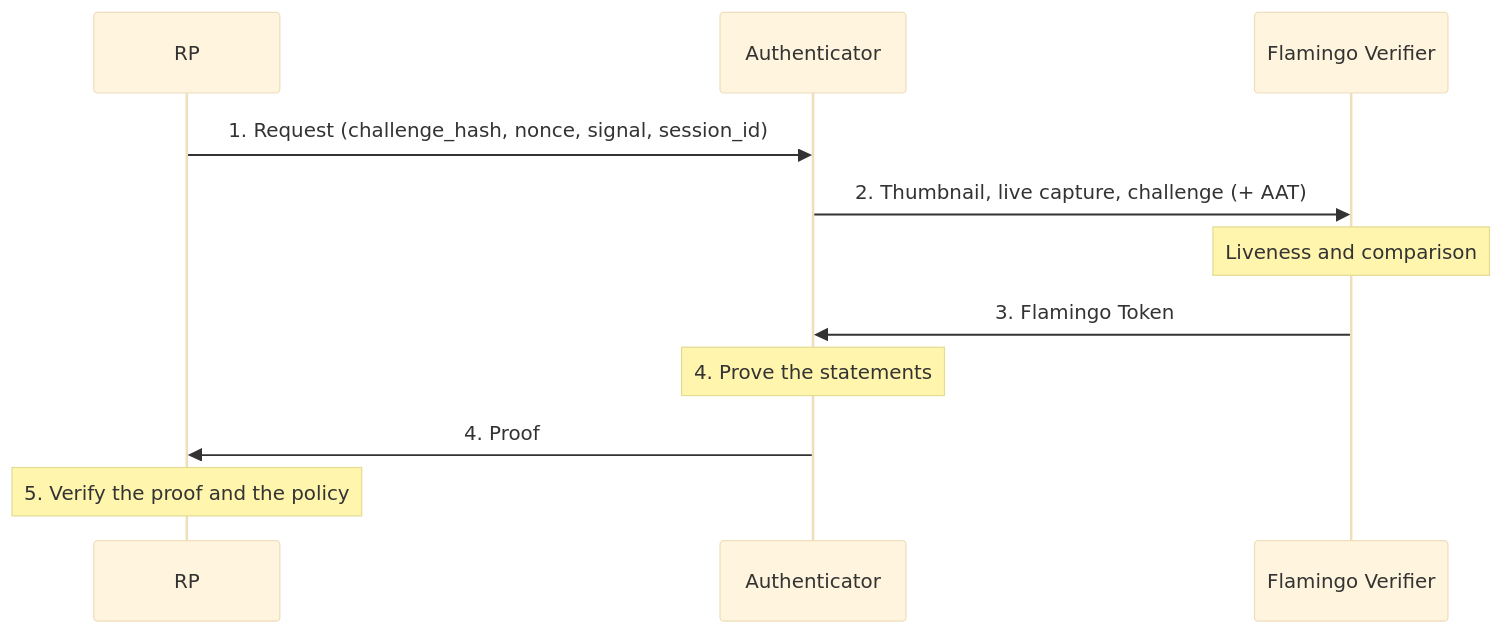
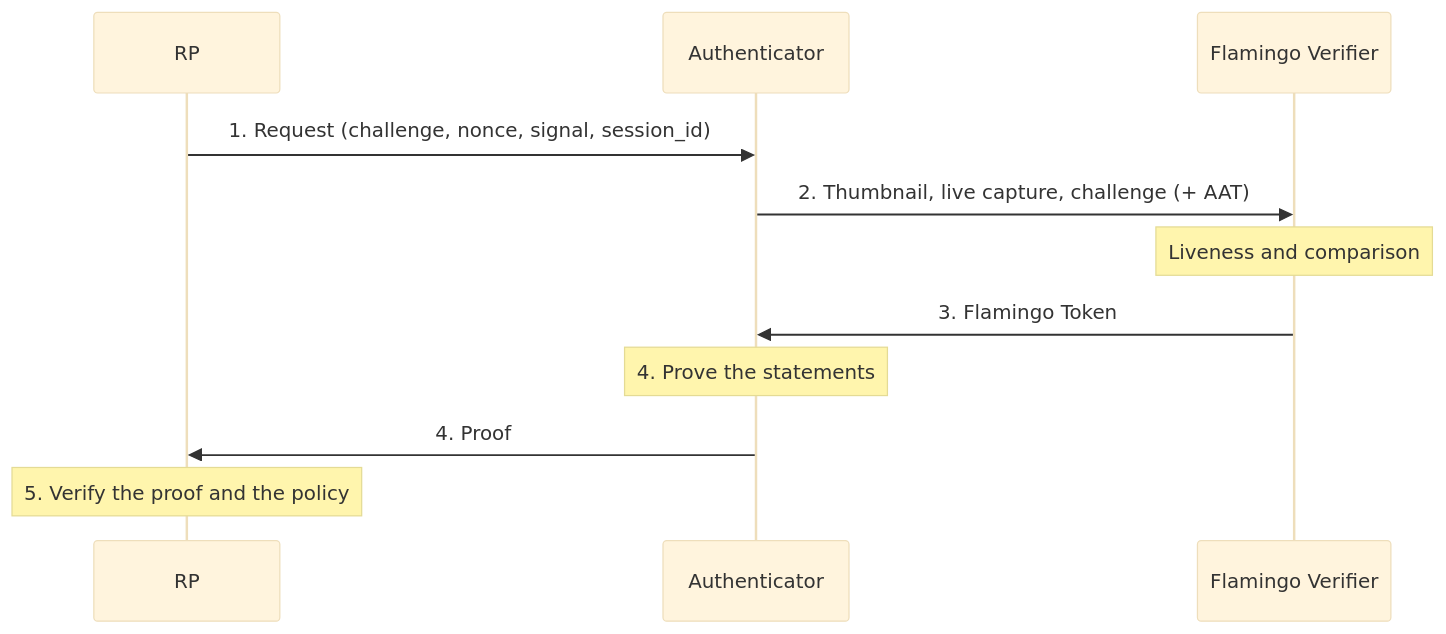
One commit to worldcoin/world-id-protocol changed the diagram in docs/WIPs/wip-202.md. Above: the diagram before and after it, drawn with Mermaid (base theme). The commit also changed other lines of this file, not shown here.

Commit message:
docs: define the WIP-202 embedding_similarity request and response on WIP-114

````diff
--- a/docs/WIPs/wip-202.md
+++ b/docs/WIPs/wip-202.md
@@ -68,13 +68,13 @@
 ```mermaid
 sequenceDiagram
   participant RP
   participant A as Authenticator
   participant V as Flamingo Verifier
-  RP->>A: 1. Request (challenge_hash, nonce, signal, session_id)
+  RP->>A: 1. Request (challenge, nonce, signal, session_id)
   A->>V: 2. Thumbnail, live capture, challenge (+ AAT)
   Note over V: Liveness and comparison
   V->>A: 3. Flamingo Token
   Note over A: 4. Prove the statements
   A->>RP: 4. Proof
   Note over RP: 5. Verify the proof and the policy
 ```
````
